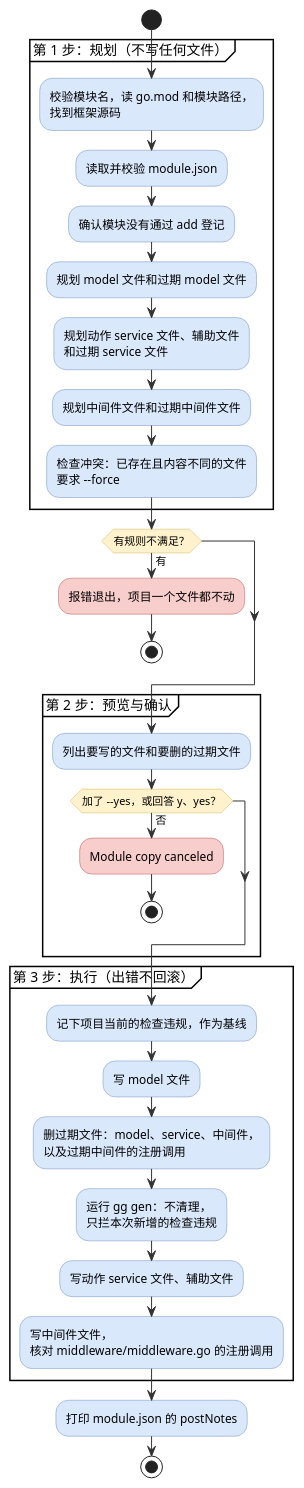
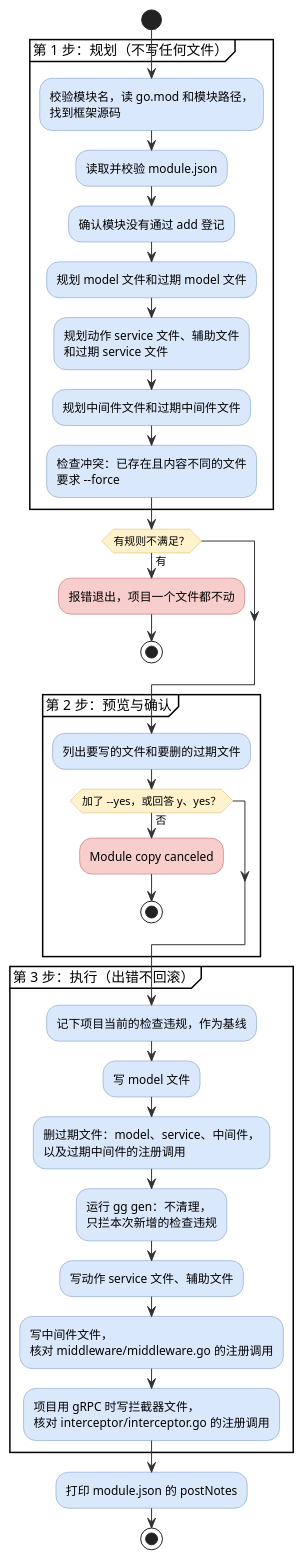
The first of 2 diagrams in cmd/gg/MODULE.md (hydroan/gst), drawn with PlantUML before and after one commit. The commit also changed other lines of this file and 32 other files, not shown here.

````diff
--- a/cmd/gg/MODULE.md
+++ b/cmd/gg/MODULE.md
@@ -88,51 +88,53 @@
 ```plantuml
 @startuml
 skinparam activity {
   BackgroundColor #dae8fc
   BorderColor #6c8ebf
   ArrowColor #333333
   DiamondBackgroundColor #fff2cc
   DiamondBorderColor #d6b656
   BackgroundColor<<cancel>> #f8cecc
   BorderColor<<cancel>> #b85450
 }
 
 start
 partition "第 1 步：规划（不写任何文件）" {
   :校验模块名，读 go.mod 和模块路径，
   找到框架源码;
   :读取并校验 module.json;
   :确认模块没有通过 add 登记;
   :规划 model 文件和过期 model 文件;
   :规划动作 service 文件、辅助文件
   和过期 service 文件;
   :规划中间件文件和过期中间件文件;
   :检查冲突：已存在且内容不同的文件
   要求 --force;
 }
 if (有规则不满足？) then (有)
   :报错退出，项目一个文件都不动; <<cancel>>
   stop
 endif
 partition "第 2 步：预览与确认" {
   :列出要写的文件和要删的过期文件;
   if (加了 --yes，或回答 y、yes？) then (否)
     :Module copy canceled; <<cancel>>
     stop
   endif
 }
 partition "第 3 步：执行（出错不回滚）" {
   :记下项目当前的检查违规，作为基线;
   :写 model 文件;
   :删过期文件：model、service、中间件，
   以及过期中间件的注册调用;
   :运行 gg gen：不清理，
   只拦本次新增的检查违规;
   :写动作 service 文件、辅助文件;
   :写中间件文件，
   核对 middleware/middleware.go 的注册调用;
+  :项目用 gRPC 时写拦截器文件，
+  核对 interceptor/interceptor.go 的注册调用;
 }
 :打印 module.json 的 postNotes;
 stop
 @enduml
 ```
````
